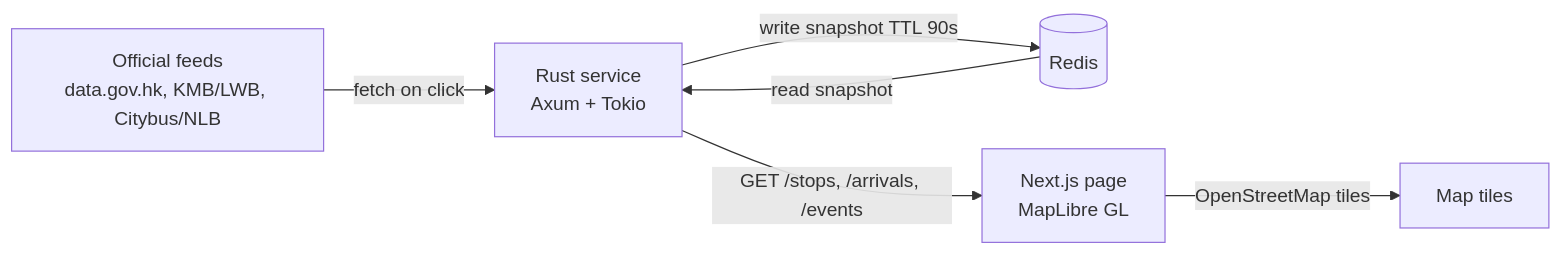
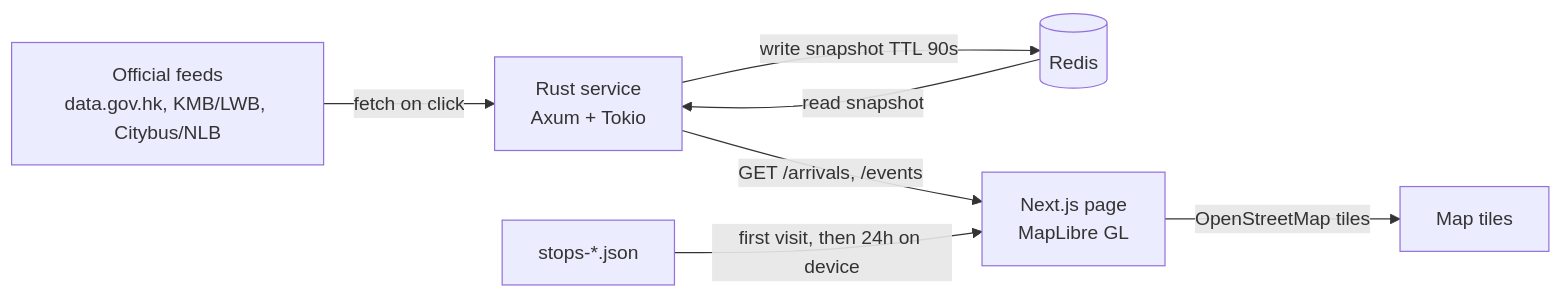
The diagram in README.md (iravan/realtime-hk-traffic), drawn with Mermaid before and after one commit. The commit also changed other lines of this file and 5 other files, not shown here.

````diff
--- a/README.md
+++ b/README.md
@@ -64,8 +75,9 @@
 ```mermaid
 flowchart LR
     A[Official feeds<br/>data.gov.hk, KMB/LWB, Citybus/NLB] -->|fetch on click| B[Rust service<br/>Axum + Tokio]
     B -->|write snapshot TTL 90s| C[(Redis)]
-    B -->|GET /stops, /arrivals, /events| D[Next.js page<br/>MapLibre GL]
+    B -->|GET /arrivals, /events| D[Next.js page<br/>MapLibre GL]
+    F[stops-*.json] -->|first visit, then 24h on device| D
     C -->|read snapshot| B
     D -->|OpenStreetMap tiles| E[Map tiles]
 ```
````
